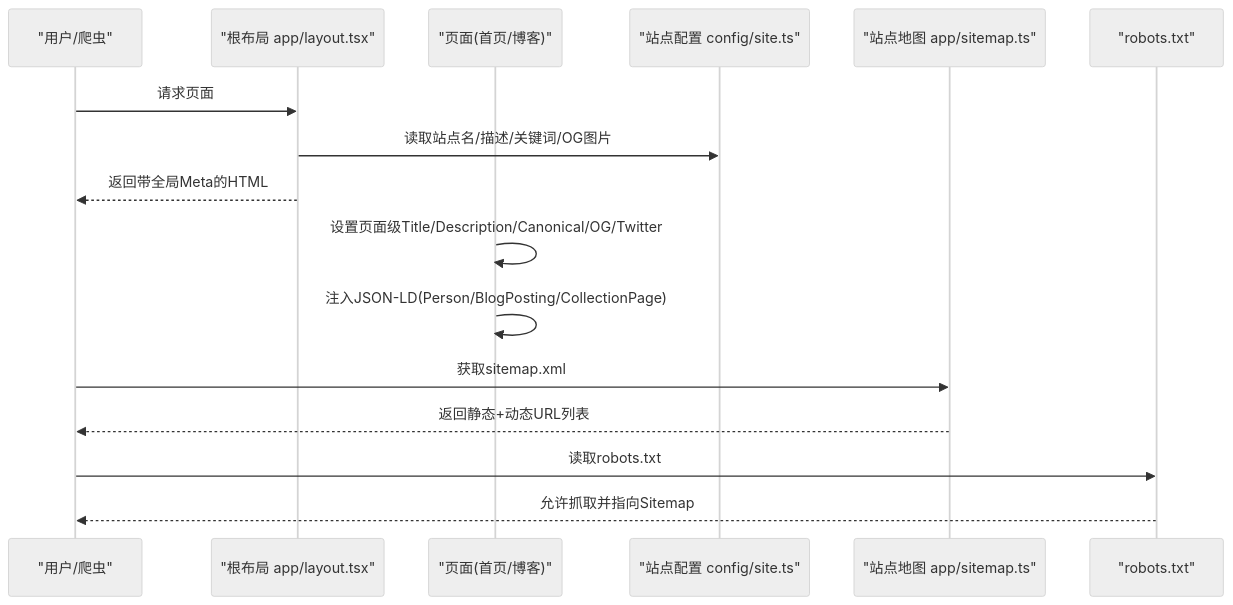
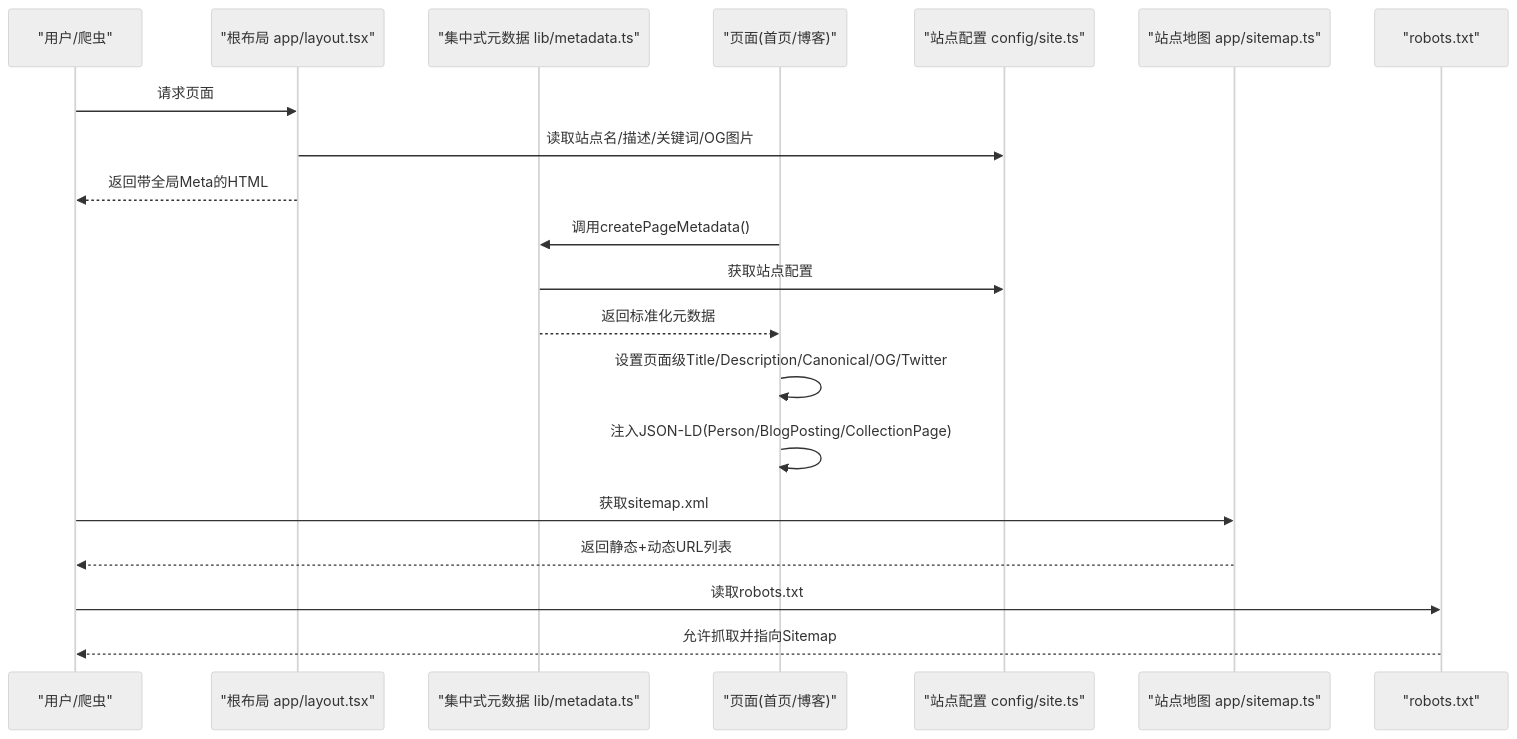
The second of 4 diagrams in .qoder/repowiki/zh/content/SEO优化.md (florianjsun/next-portfolio), drawn with Mermaid (neutral theme) before and after one commit. The commit also changed other lines of this file and 49 other files, not shown here.

````diff
--- a/.qoder/repowiki/zh/content/SEO优化.md
+++ b/.qoder/repowiki/zh/content/SEO优化.md
@@ -89,18 +115,22 @@
 ```mermaid
 sequenceDiagram
 participant U as "用户/爬虫"
 participant L as "根布局 app/layout.tsx"
+participant M as "集中式元数据 lib/metadata.ts"
 participant P as "页面(首页/博客)"
 participant S as "站点配置 config/site.ts"
-participant M as "站点地图 app/sitemap.ts"
+participant SM as "站点地图 app/sitemap.ts"
 participant R as "robots.txt"
 U->>L : 请求页面
 L->>S : 读取站点名/描述/关键词/OG图片
 L-->>U : 返回带全局Meta的HTML
+P->>M : 调用createPageMetadata()
+M->>S : 获取站点配置
+M-->>P : 返回标准化元数据
 P->>P : 设置页面级Title/Description/Canonical/OG/Twitter
 P->>P : 注入JSON-LD(Person/BlogPosting/CollectionPage)
-U->>M : 获取sitemap.xml
-M-->>U : 返回静态+动态URL列表
+U->>SM : 获取sitemap.xml
+SM-->>U : 返回静态+动态URL列表
 U->>R : 读取robots.txt
 R-->>U : 允许抓取并指向Sitemap
 ```
````
